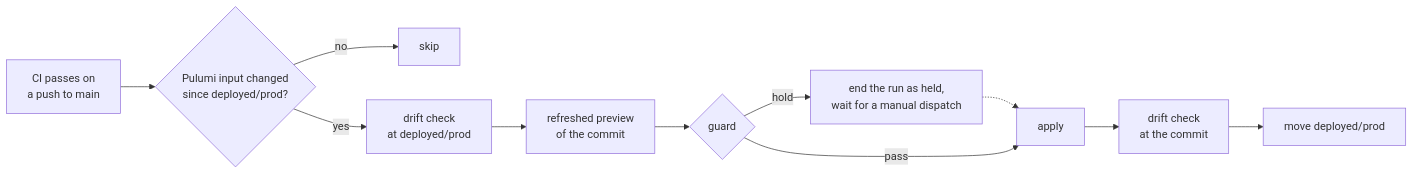
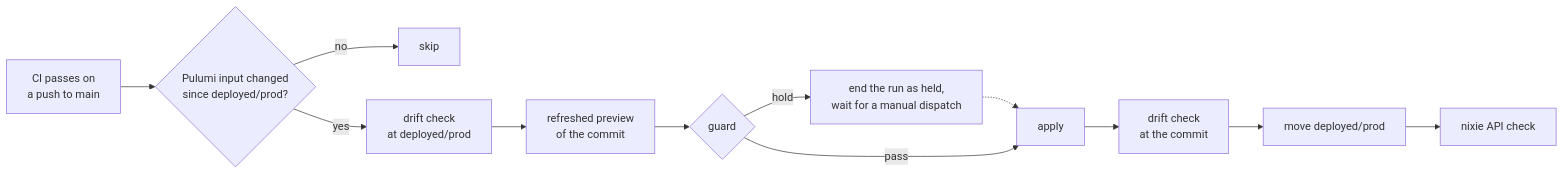
The diagram in docs/architecture/infrastructure-as-code.md (zgeoff/cloud), drawn with Mermaid before and after one commit. The commit also changed other lines of this file and 27 other files, not shown here.

````diff
--- a/docs/architecture/infrastructure-as-code.md
+++ b/docs/architecture/infrastructure-as-code.md
@@ -111,13 +111,14 @@
 ```mermaid
 flowchart LR
   CI["CI passes on<br>a push to main"] --> F{"Pulumi input changed<br>since deployed/prod?"}
   F -->|no| SK["skip"]
   F -->|yes| D1["drift check<br>at deployed/prod"]
   D1 --> P["refreshed preview<br>of the commit"]
   P --> G{"guard"}
   G -->|hold| H["end the run as held,<br>wait for a manual dispatch"]
   H -.-> U
   G -->|pass| U["apply"]
   U --> D2["drift check<br>at the commit"]
   D2 --> T["move deployed/prod"]
+  T --> N["nixie API check"]
 ```
````
